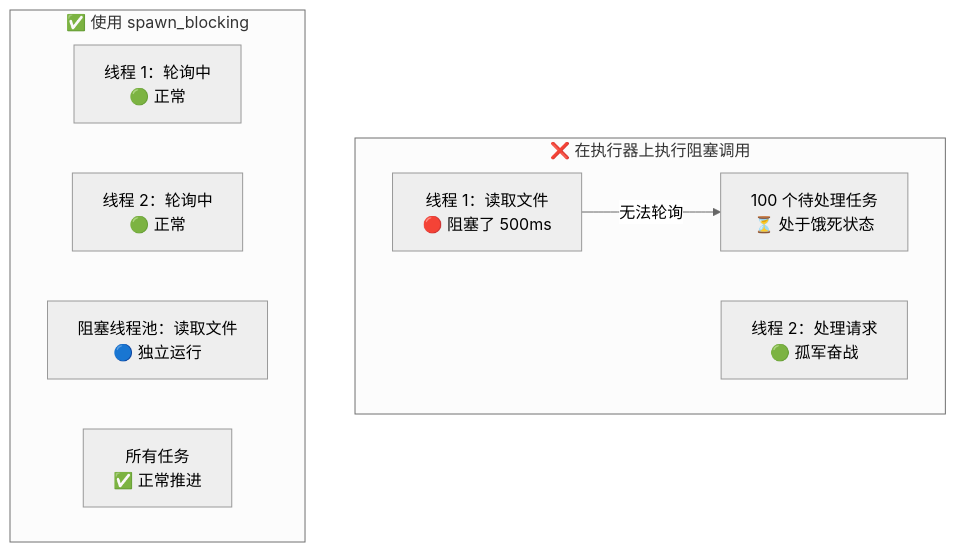
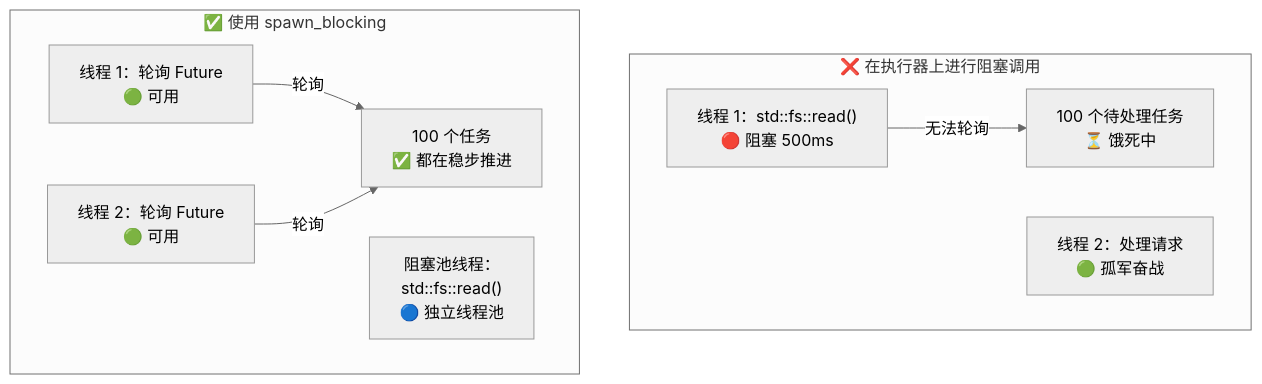
One commit to veegn/rust-training-zh changed the diagram in async-book/src/zh/ch12-common-pitfalls.md. Above: the diagram before and after it, drawn with Mermaid (neutral theme). The commit also changed other lines of this file and 354 other files, not shown here.

````diff
--- a/async-book/src/zh/ch12-common-pitfalls.md
+++ b/async-book/src/zh/ch12-common-pitfalls.md
@@ -32,16 +38,18 @@
 ```mermaid
 graph TB
-    subgraph "❌ 在执行器上执行阻塞调用"
-        T1_BAD["线程 1：读取文件<br/>🔴 阻塞了 500ms"]
+    subgraph "❌ 在执行器上进行阻塞调用"
+        T1_BAD["线程 1：std::fs::read()<br/>🔴 阻塞 500ms"]
         T2_BAD["线程 2：处理请求<br/>🟢 孤军奋战"]
-        TASKS_BAD["100 个待处理任务<br/>⏳ 处于饿死状态"]
+        TASKS_BAD["100 个待处理任务<br/>⏳ 饿死中"]
         T1_BAD -->|"无法轮询"| TASKS_BAD
     end
 
     subgraph "✅ 使用 spawn_blocking"
-        T1_GOOD["线程 1：轮询中<br/>🟢 正常"]
-        T2_GOOD["线程 2：轮询中<br/>🟢 正常"]
-        BT["阻塞线程池：读取文件<br/>🔵 独立运行"]
-        TASKS_GOOD["所有任务<br/>✅ 正常推进"]
+        T1_GOOD["线程 1：轮询 Future<br/>🟢 可用"]
+        T2_GOOD["线程 2：轮询 Future<br/>🟢 可用"]
+        BT["阻塞池线程：<br/>std::fs::read()<br/>🔵 独立线程池"]
+        TASKS_GOOD["100 个任务<br/>✅ 都在稳步推进"]
+        T1_GOOD -->|"轮询"| TASKS_GOOD
+        T2_GOOD -->|"轮询"| TASKS_GOOD
     end
 ```
````
